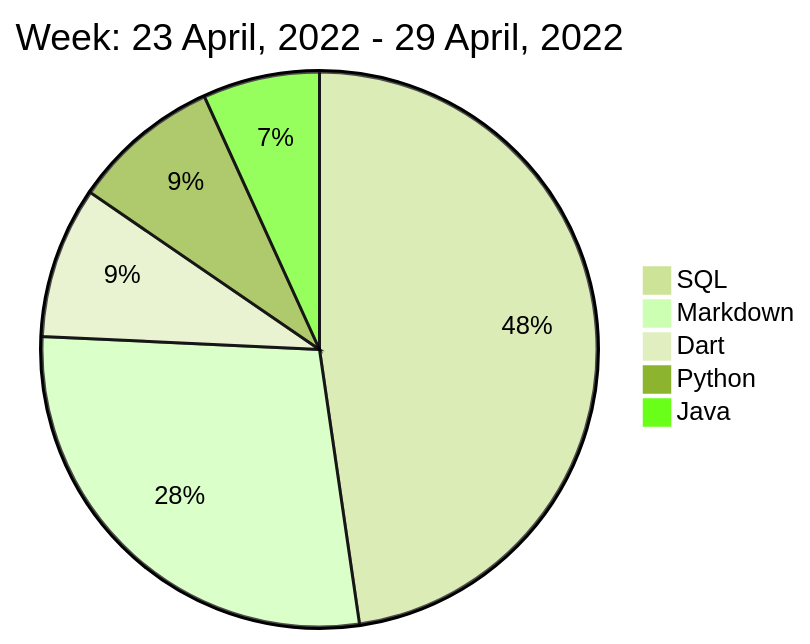
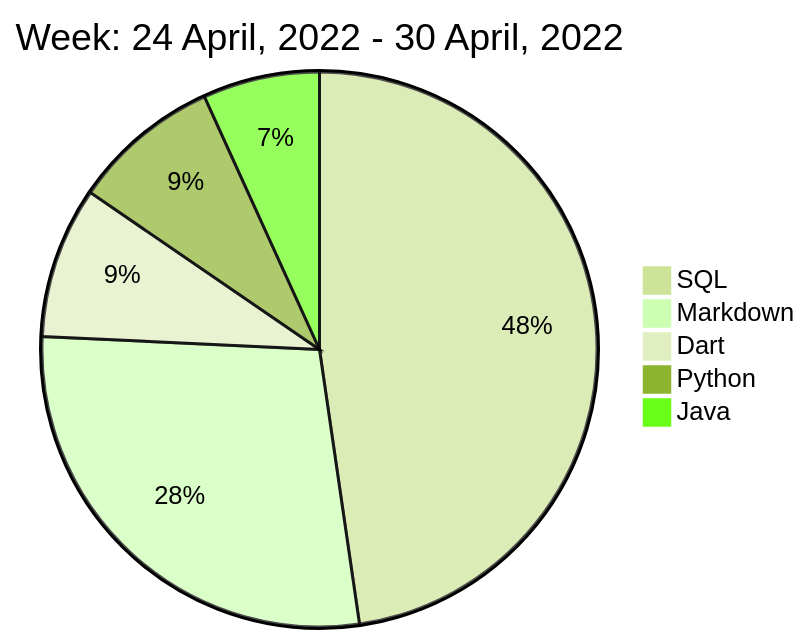
Before and after one commit to liubin95/liubin95: the diagram in README.md, drawn with Mermaid (forest theme).

Commit message:
Updated the Graph with new Metrics

````diff
--- a/README.md
+++ b/README.md
@@ -40,9 +40,9 @@
 ```mermaid
  pie
-title Week: 23 April, 2022 - 29 April, 2022
+title Week: 24 April, 2022 - 30 April, 2022
  "SQL" : 8.28
  "Markdown" : 4.87
  "Dart" : 1.53
  "Python" : 1.5
  "Java" : 1.18
 ```
````
